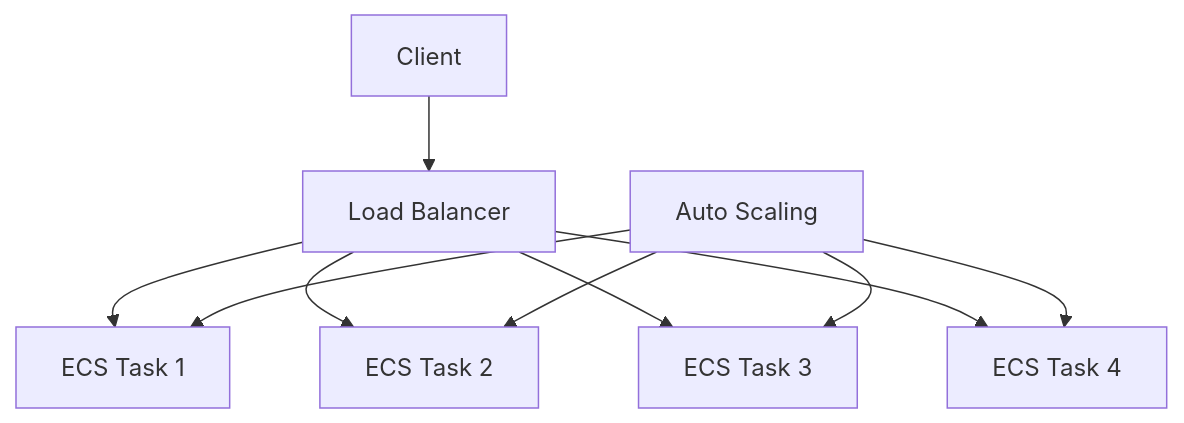
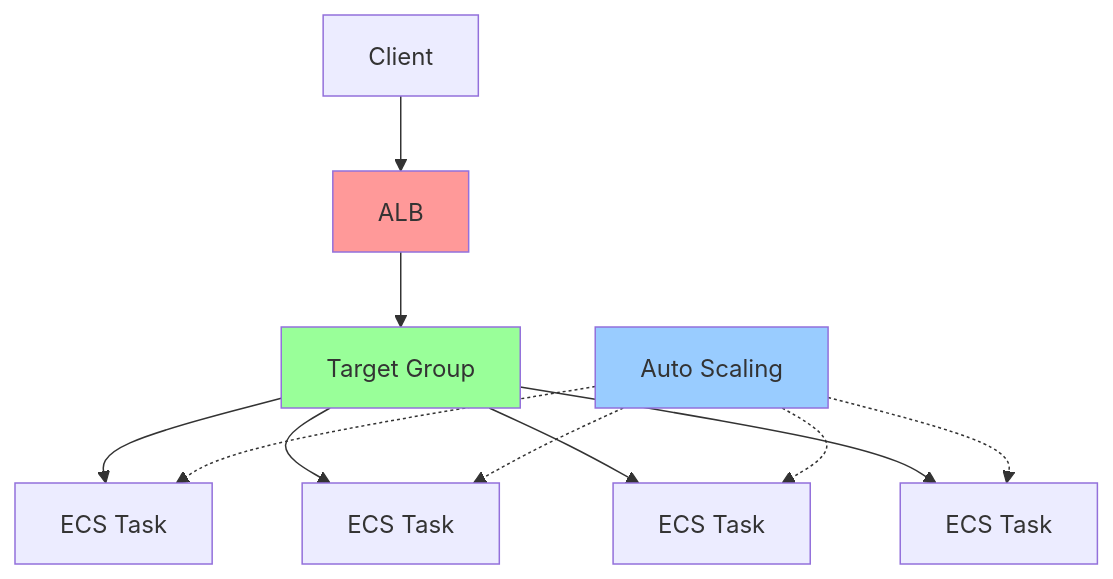
The diagram in Homework6/README.md (PCBZ/CS6650), drawn with Mermaid before and after one commit. The commit also changed other lines of this file, not shown here.

````diff
--- a/Homework6/README.md
+++ b/Homework6/README.md
@@ -35,13 +35,19 @@
 ```mermaid
 graph TD
-    A[Client] --> B[Load Balancer]
-    B --> C[ECS Task 1]
-    B --> D[ECS Task 2]
-    B --> E[ECS Task 3]
-    B --> F[ECS Task 4]
+    A[Client] --> B[ALB]
+    B --> C[Target Group]
+    C --> D[ECS Task]
+    C --> E[ECS Task]
+    C --> F[ECS Task]
+    C --> G[ECS Task]
     
-    G[Auto Scaling] --> C
-    G --> D
-    G --> E
-    G --> F
+    H[Auto Scaling]
+    H -.-> D
+    H -.-> E
+    H -.-> F
+    H -.-> G
+    
+    style B fill:#ff9999
+    style C fill:#99ff99
+    style H fill:#99ccff
 ```
````
